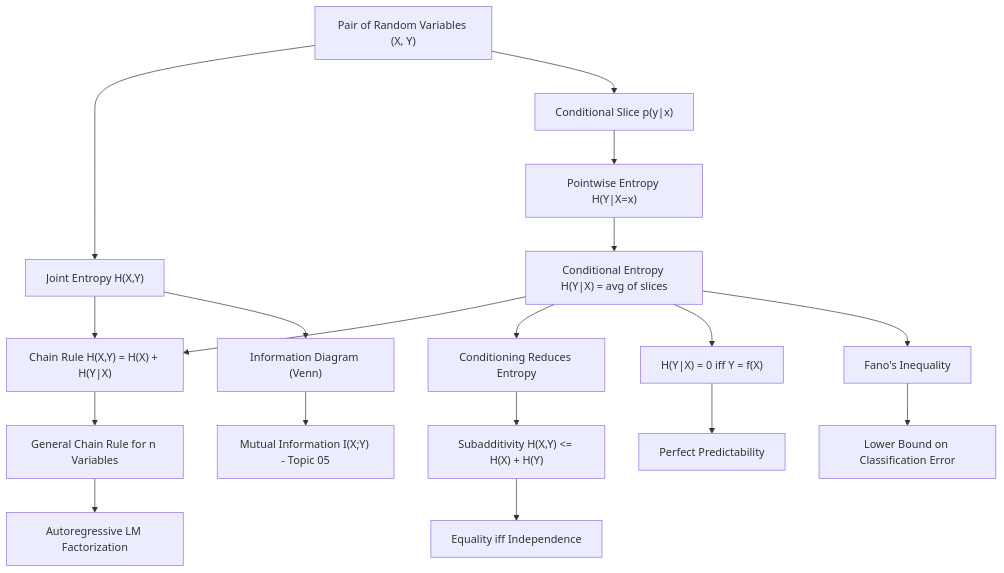
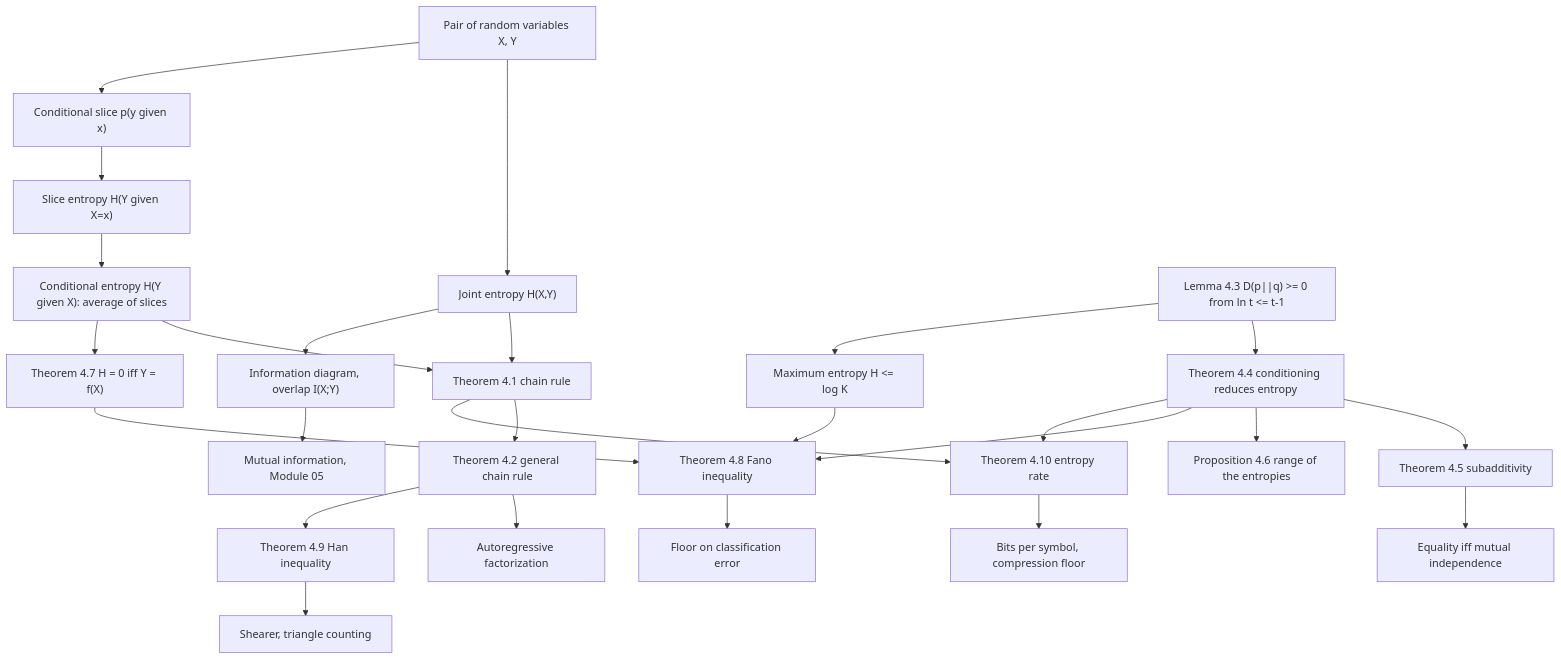
The diagram in information_theory/02_joint_and_conditional_entropy/README.md (hien078/applied-mathematics-foundation), drawn with Mermaid before and after one commit. The commit also changed other lines of this file and 150 other files, not shown here.

````diff
--- a/information_theory/02_joint_and_conditional_entropy/README.md
+++ b/information_theory/02_joint_and_conditional_entropy/README.md
@@ -24,20 +61,28 @@
 ```mermaid
 graph TD
-    A["Pair of Random Variables (X, Y)"] --> B["Joint Entropy H(X,Y)"]
-    A --> C["Conditional Slice p(y|x)"]
-    C --> D["Pointwise Entropy H(Y|X=x)"]
-    D --> E["Conditional Entropy H(Y|X) = avg of slices"]
-    B --> F["Chain Rule H(X,Y) = H(X) + H(Y|X)"]
+    A["Pair of random variables X, Y"] --> B["Joint entropy H(X,Y)"]
+    A --> C["Conditional slice p(y given x)"]
+    C --> D["Slice entropy H(Y given X=x)"]
+    D --> E["Conditional entropy H(Y given X): average of slices"]
+    B --> F["Theorem 4.1 chain rule"]
     E --> F
-    F --> G["General Chain Rule for n Variables"]
-    G --> H["Autoregressive LM Factorization"]
-    E --> I["Conditioning Reduces Entropy"]
-    I --> J["Subadditivity H(X,Y) <= H(X) + H(Y)"]
-    J --> K["Equality iff Independence"]
-    E --> L["H(Y|X) = 0 iff Y = f(X)"]
-    L --> M["Perfect Predictability"]
-    E --> N["Fano's Inequality"]
-    N --> O["Lower Bound on Classification Error"]
-    B --> P["Information Diagram (Venn)"]
-    P --> Q["Mutual Information I(X;Y) - Topic 05"]
+    F --> G["Theorem 4.2 general chain rule"]
+    G --> H["Autoregressive factorization"]
+    G --> N["Theorem 4.9 Han inequality"]
+    N --> O["Shearer, triangle counting"]
+    P["Lemma 4.3 D(p||q) >= 0 from ln t <= t-1"] --> Q["Theorem 4.4 conditioning reduces entropy"]
+    P --> R["Maximum entropy H <= log K"]
+    Q --> S["Theorem 4.5 subadditivity"]
+    S --> T["Equality iff mutual independence"]
+    Q --> U["Proposition 4.6 range of the entropies"]
+    E --> V["Theorem 4.7 H = 0 iff Y = f(X)"]
+    Q --> W["Theorem 4.8 Fano inequality"]
+    R --> W
+    V --> W
+    W --> X["Floor on classification error"]
+    F --> Y["Theorem 4.10 entropy rate"]
+    Q --> Y
+    Y --> Z["Bits per symbol, compression floor"]
+    B --> AA["Information diagram, overlap I(X;Y)"]
+    AA --> AB["Mutual information, Module 05"]
 ```
````
